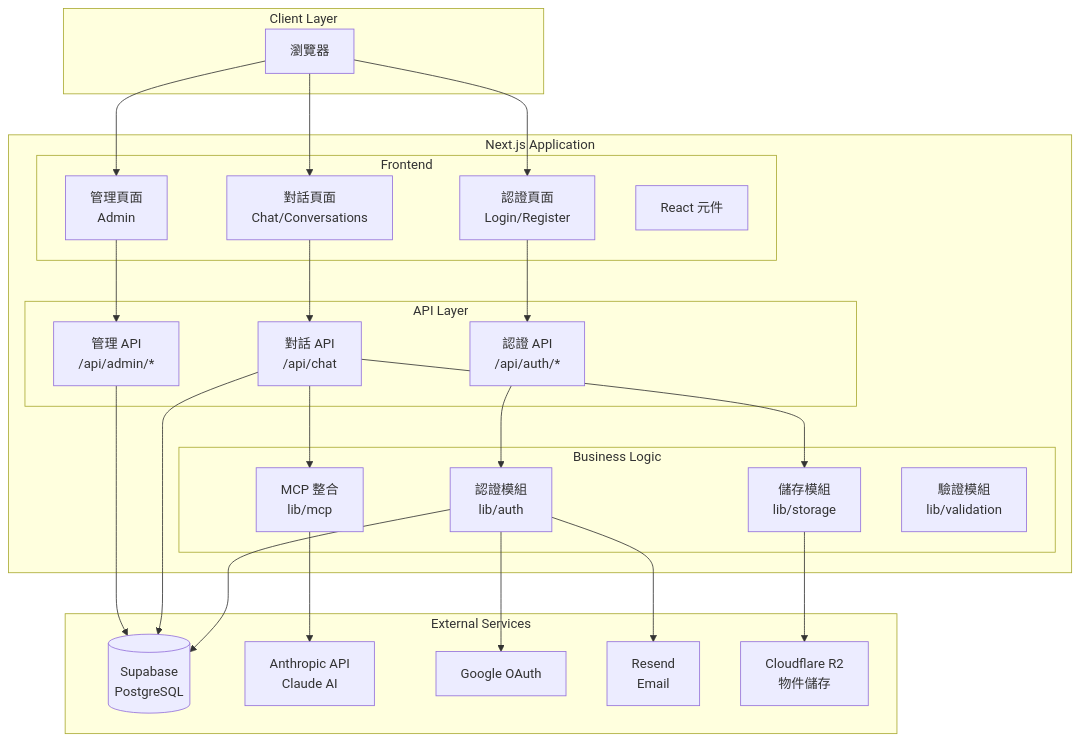
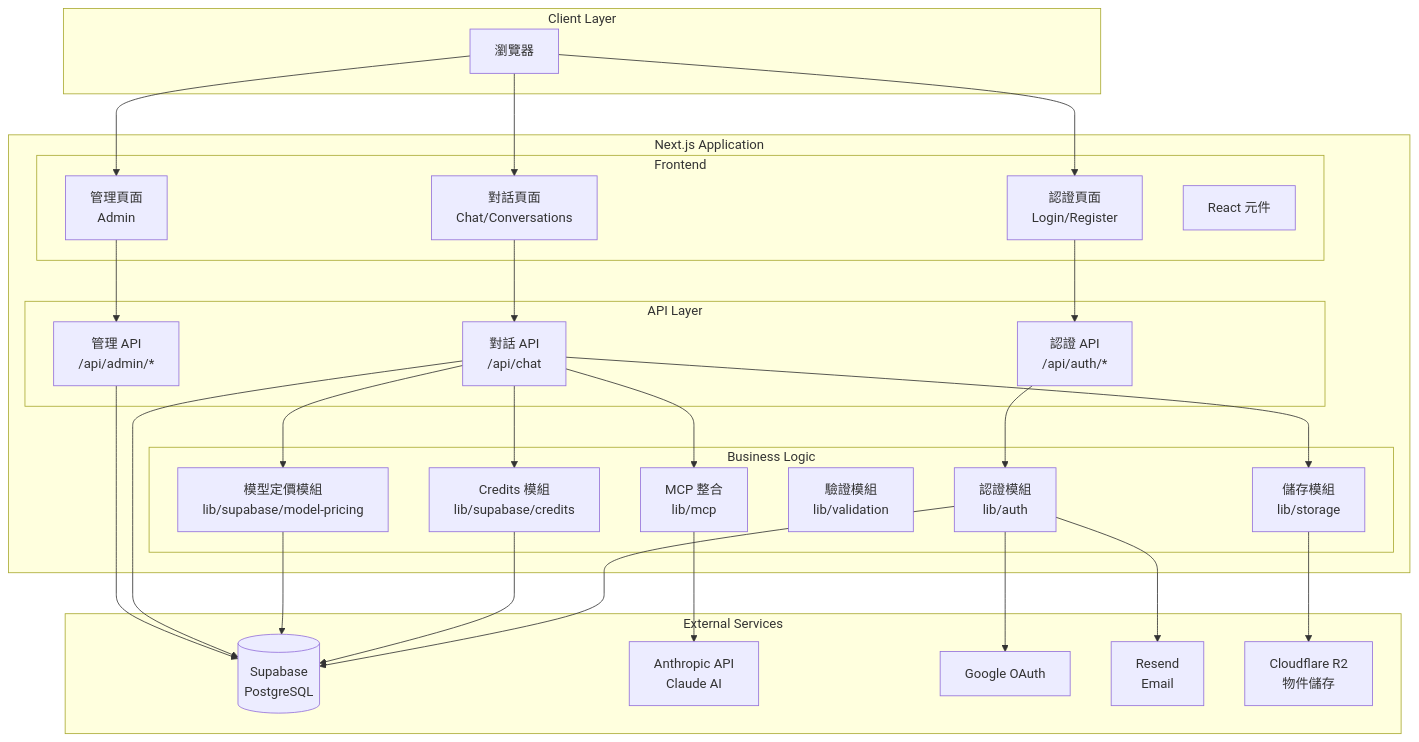
Before and after one commit to qwerboy-design/Health-Care-Assistant: the first of 9 diagrams in ARCHITECTURE.md, drawn with Mermaid. The commit also changed other lines of this file and 41 other files, not shown here.

Commit message:
docs: Integrate Credits system and model management into architecture documentation

````diff
--- a/ARCHITECTURE.md
+++ b/ARCHITECTURE.md
@@ -79,58 +84,64 @@
 ```mermaid
 flowchart TB
     subgraph "Client Layer"
         Browser[瀏覽器]
     end
     
     subgraph "Next.js Application"
         subgraph "Frontend"
             AuthPages[認證頁面<br/>Login/Register]
             ChatPages[對話頁面<br/>Chat/Conversations]
             AdminPages[管理頁面<br/>Admin]
             Components[React 元件]
         end
         
         subgraph "API Layer"
             AuthAPI[認證 API<br/>/api/auth/*]
             ChatAPI[對話 API<br/>/api/chat]
             AdminAPI[管理 API<br/>/api/admin/*]
         end
         
         subgraph "Business Logic"
             AuthLib[認證模組<br/>lib/auth]
             MCPLib[MCP 整合<br/>lib/mcp]
             StorageLib[儲存模組<br/>lib/storage]
             ValidationLib[驗證模組<br/>lib/validation]
+            CreditsLib[Credits 模組<br/>lib/supabase/credits]
+            ModelPricingLib[模型定價模組<br/>lib/supabase/model-pricing]
         end
     end
     
     subgraph "External Services"
         Supabase[(Supabase<br/>PostgreSQL)]
         Anthropic[Anthropic API<br/>Claude AI]
         Google[Google OAuth]
         Resend[Resend<br/>Email]
         R2[Cloudflare R2<br/>物件儲存]
     end
     
     Browser --> AuthPages
     Browser --> ChatPages
     Browser --> AdminPages
     
     AuthPages --> AuthAPI
     ChatPages --> ChatAPI
     AdminPages --> AdminAPI
     
     AuthAPI --> AuthLib
     ChatAPI --> MCPLib
     ChatAPI --> StorageLib
+    ChatAPI --> CreditsLib
+    ChatAPI --> ModelPricingLib
     
     AuthLib --> Supabase
+    CreditsLib --> Supabase
+    ModelPricingLib --> Supabase
     AuthLib --> Google
     AuthLib --> Resend
     
     MCPLib --> Anthropic
     StorageLib --> R2
     
     ChatAPI --> Supabase
     AdminAPI --> Supabase
 ```
````
